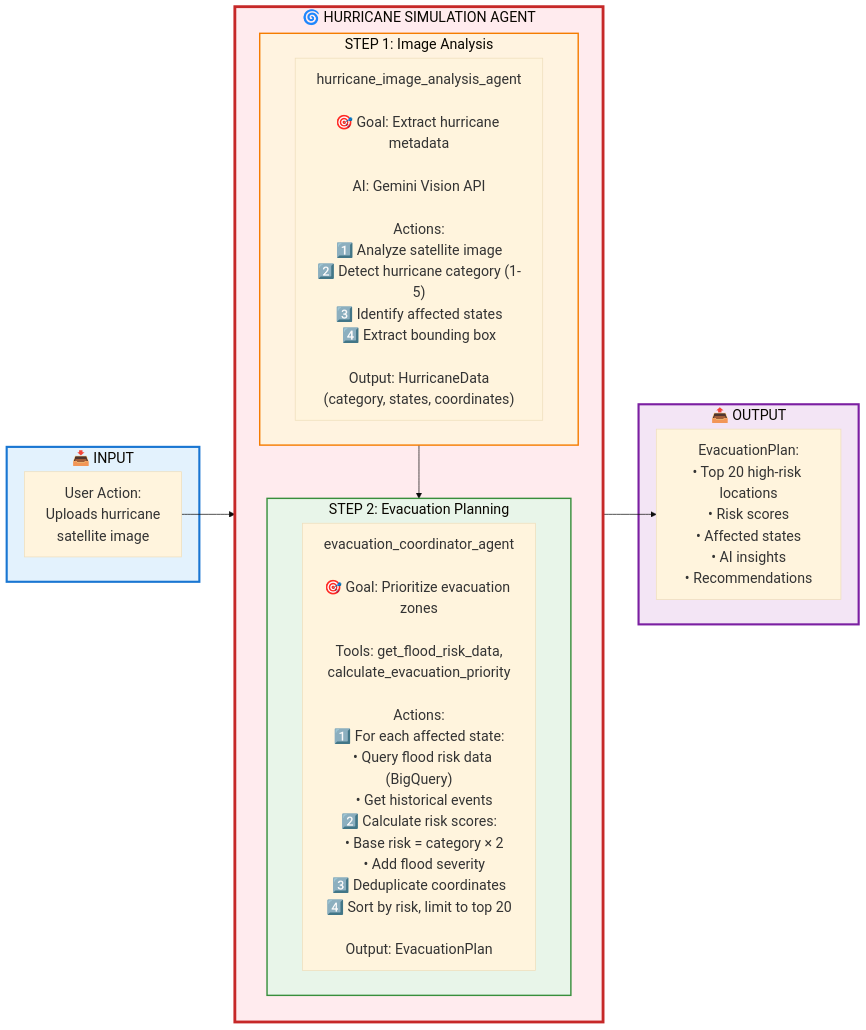
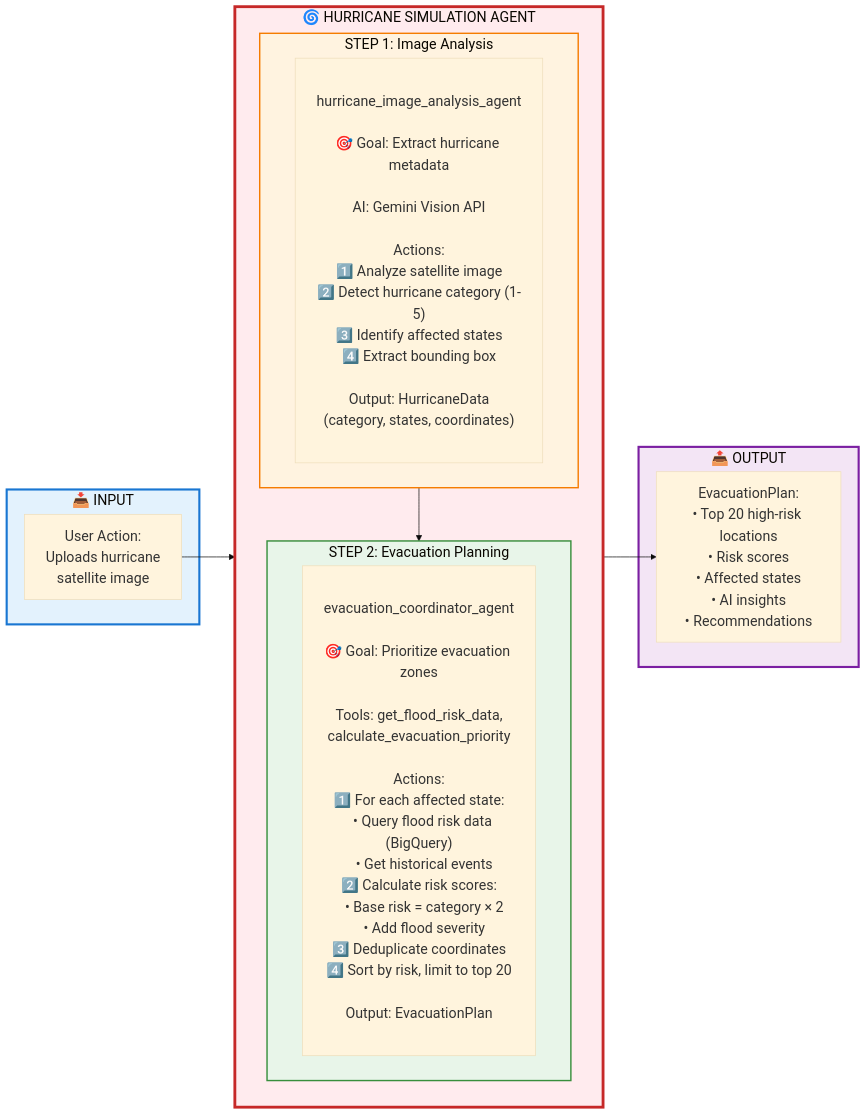
One commit to andersondang/weather_insights_and_forecase_advisor changed the first of 2 diagrams in FLOW_HURRICANE_SIMULATION.md. Above: the diagram before and after it, drawn with Mermaid. The commit also changed 5 other files, not shown here.

Commit message:
Added flow documents for all 6 agents with improved diagram block heights

````diff
--- a/FLOW_HURRICANE_SIMULATION.md
+++ b/FLOW_HURRICANE_SIMULATION.md
@@ -25,34 +25,34 @@
 ```mermaid
 %%{init: {'theme':'base', 'themeVariables': { 'fontSize':'20px', 'fontFamily':'arial'}}}%%
 graph LR
     subgraph Input["📥 INPUT"]
         UserRequest["User Action:<br/>Uploads hurricane<br/>satellite image"]
     end
     
     subgraph HurricaneAgent["🌀 HURRICANE SIMULATION AGENT"]
         direction TB
         
         subgraph Step1["STEP 1: Image Analysis"]
-            ImageAnalysis["hurricane_image_analysis_agent<br/><br/>🎯 Goal: Extract hurricane metadata<br/><br/>AI: Gemini Vision API<br/><br/>Actions:<br/>1️⃣ Analyze satellite image<br/>2️⃣ Detect hurricane category (1-5)<br/>3️⃣ Identify affected states<br/>4️⃣ Extract bounding box<br/><br/>Output: HurricaneData<br/>(category, states, coordinates)"]
+            ImageAnalysis["<br/>hurricane_image_analysis_agent<br/><br/>🎯 Goal: Extract hurricane metadata<br/><br/>AI: Gemini Vision API<br/><br/>Actions:<br/>1️⃣ Analyze satellite image<br/>2️⃣ Detect hurricane category (1-5)<br/>3️⃣ Identify affected states<br/>4️⃣ Extract bounding box<br/><br/>Output: HurricaneData<br/>(category, states, coordinates)<br/><br/>"]
         end
         
         subgraph Step2["STEP 2: Evacuation Planning"]
-            EvacCoordinator["evacuation_coordinator_agent<br/><br/>🎯 Goal: Prioritize evacuation zones<br/><br/>Tools: get_flood_risk_data,<br/>calculate_evacuation_priority<br/><br/>Actions:<br/>1️⃣ For each affected state:<br/>   • Query flood risk data (BigQuery)<br/>   • Get historical events<br/>2️⃣ Calculate risk scores:<br/>   • Base risk = category × 2<br/>   • Add flood severity<br/>3️⃣ Deduplicate coordinates<br/>4️⃣ Sort by risk, limit to top 20<br/><br/>Output: EvacuationPlan"]
+            EvacCoordinator["<br/>evacuation_coordinator_agent<br/><br/>🎯 Goal: Prioritize evacuation zones<br/><br/>Tools: get_flood_risk_data,<br/>calculate_evacuation_priority<br/><br/>Actions:<br/>1️⃣ For each affected state:<br/>   • Query flood risk data (BigQuery)<br/>   • Get historical events<br/>2️⃣ Calculate risk scores:<br/>   • Base risk = category × 2<br/>   • Add flood severity<br/>3️⃣ Deduplicate coordinates<br/>4️⃣ Sort by risk, limit to top 20<br/><br/>Output: EvacuationPlan<br/><br/>"]
         end
         
         Step1 --> Step2
     end
     
     subgraph Output["📤 OUTPUT"]
         Response["EvacuationPlan:<br/>• Top 20 high-risk locations<br/>• Risk scores<br/>• Affected states<br/>• AI insights<br/>• Recommendations"]
     end
     
     UserRequest --> Step1
     Step2 --> Response
     
     style Input fill:#e3f2fd,stroke:#1976d2,stroke-width:3px
     style HurricaneAgent fill:#ffebee,stroke:#c62828,stroke-width:4px
     style Step1 fill:#fff3e0,stroke:#f57c00,stroke-width:2px
     style Step2 fill:#e8f5e9,stroke:#388e3c,stroke-width:2px
     style Output fill:#f3e5f5,stroke:#7b1fa2,stroke-width:3px
 ```
````
